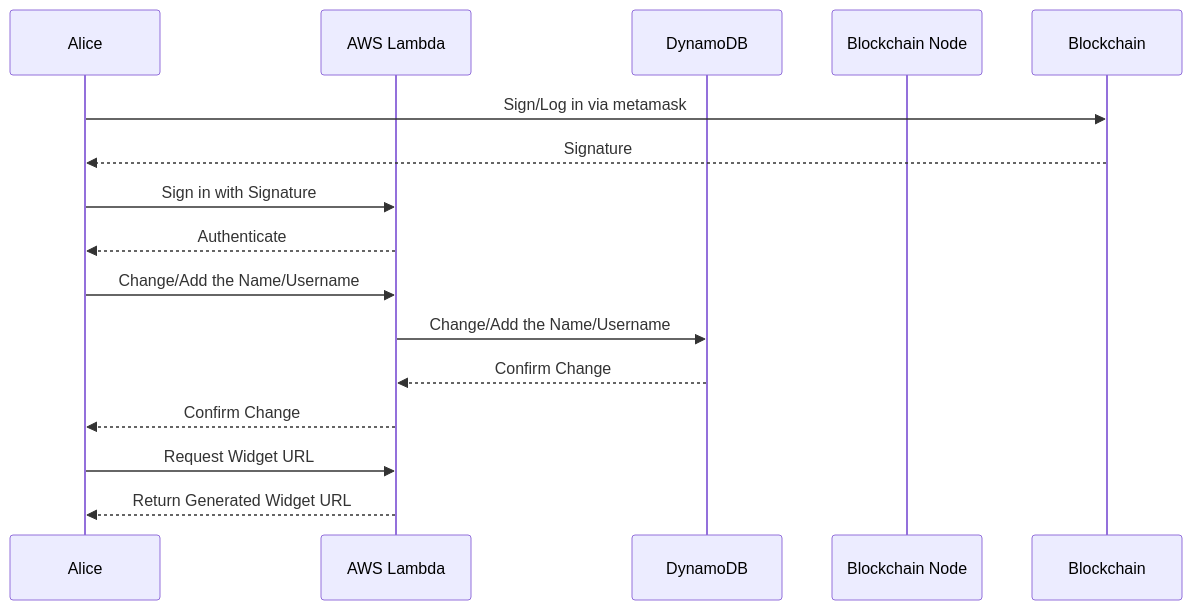
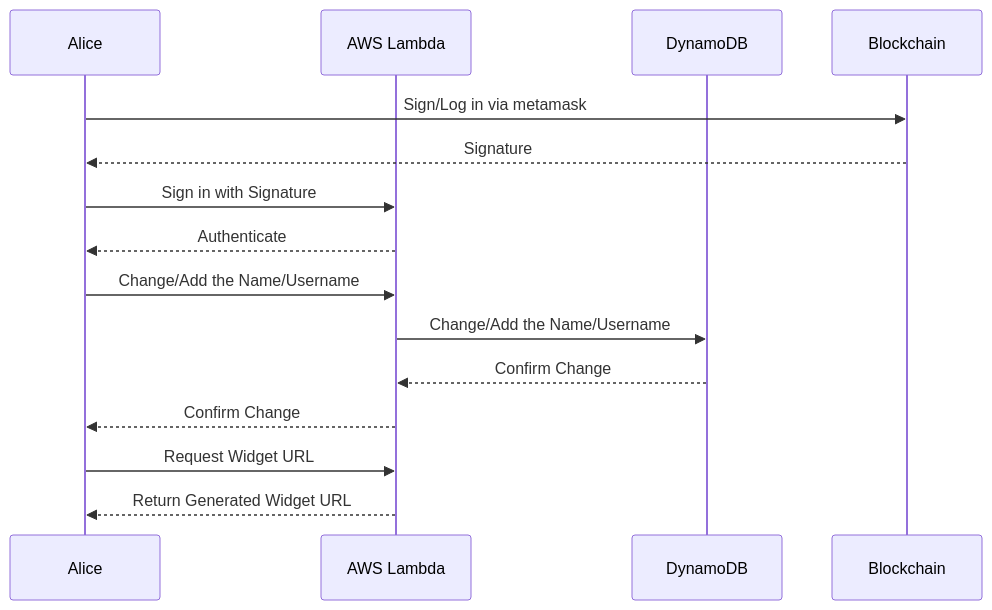
One commit to TheKnightCoder/Github-Profile-NFT-Viewer changed the first of 2 diagrams in README.md. Above: the diagram before and after it, drawn with Mermaid. The commit also changed other lines of this file, not shown here.

Commit message:
update seq diagram

````diff
--- a/README.md
+++ b/README.md
@@ -6,21 +6,20 @@
 ```mermaid
 sequenceDiagram
   participant Alice
   participant AWS Lambda
   participant DynamoDB
-  participant Blockchain Node
   participant Blockchain
 
   Alice->>Blockchain: Sign/Log in via metamask
   Blockchain -->> Alice: Signature
   Alice ->> AWS Lambda: Sign in with Signature
   AWS Lambda -->> Alice: Authenticate
 
   Alice->>AWS Lambda: Change/Add the Name/Username
   AWS Lambda->>DynamoDB: Change/Add the Name/Username
   DynamoDB-->>AWS Lambda: Confirm Change
   AWS Lambda-->>Alice: Confirm Change
 
   Alice->>AWS Lambda: Request Widget URL
   AWS Lambda-->>Alice: Return Generated Widget URL
 ```
````
